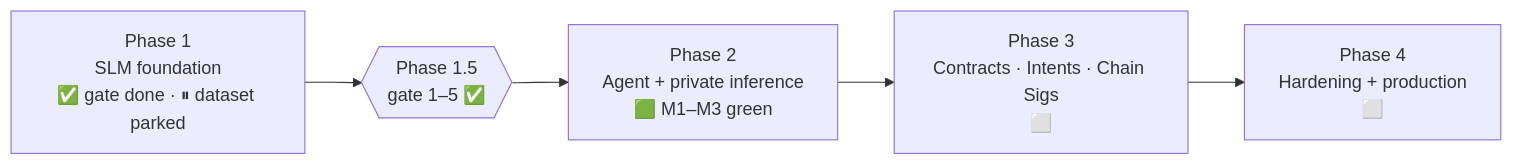
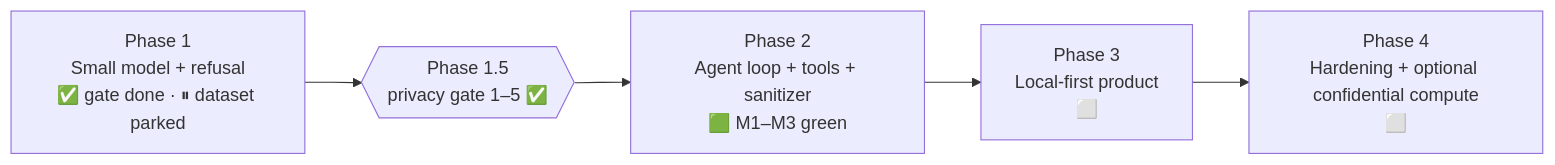
Before and after one commit to 9lordisgod/salomon: the third of 3 diagrams in README.md, drawn with Mermaid. The commit also changed other lines of this file and 3 other files, not shown here.

Commit message:
docs: AI-first pivot — privacy personal/agent AI; park crypto narrative

````diff
--- a/README.md
+++ b/README.md
@@ -108,7 +87,7 @@
 ```mermaid
 flowchart LR
-  P1["Phase 1<br/>SLM foundation<br/>✅ gate done · ⏸ dataset parked"] --> G{{"Phase 1.5<br/>gate 1–5 ✅"}}
-  G --> P2["Phase 2<br/>Agent + private inference<br/>🟩 M1–M3 green"]
-  P2 --> P3["Phase 3<br/>Contracts · Intents · Chain Sigs<br/>⬜"]
-  P3 --> P4["Phase 4<br/>Hardening + production<br/>⬜"]
+  P1["Phase 1<br/>Small model + refusal<br/>✅ gate done · ⏸ dataset parked"] --> G{{"Phase 1.5<br/>privacy gate 1–5 ✅"}}
+  G --> P2["Phase 2<br/>Agent loop + tools + sanitizer<br/>🟩 M1–M3 green"]
+  P2 --> P3["Phase 3<br/>Local-first product<br/>⬜"]
+  P3 --> P4["Phase 4<br/>Hardening + optional confidential compute<br/>⬜"]
 ```
````
